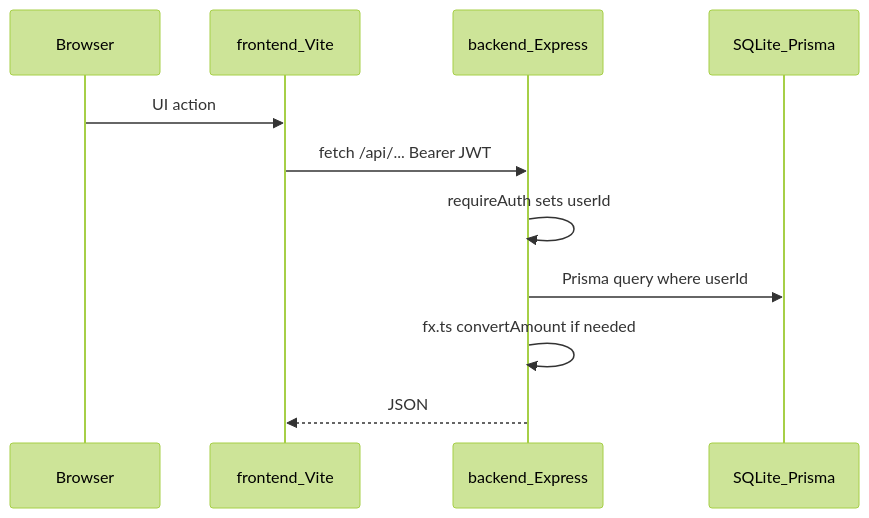
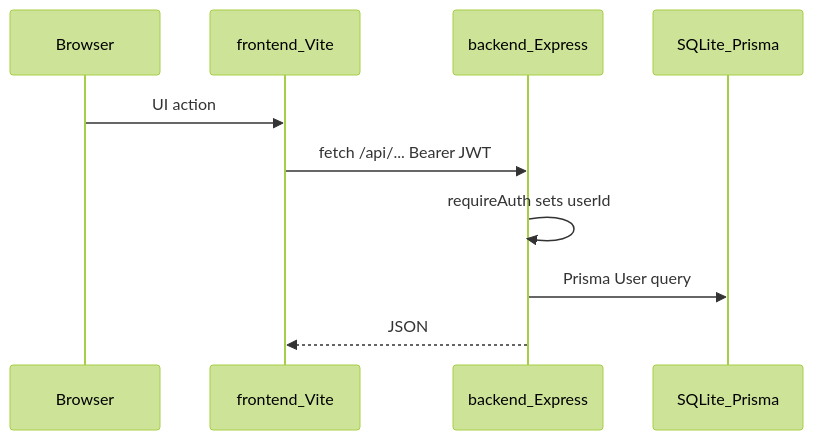
One commit to kblaszki/finance-dashboard changed the diagram in docs/explanation/architecture.md. Above: the diagram before and after it, drawn with Mermaid (forest theme). The commit also changed other lines of this file and 48 other files, not shown here.

````diff
--- a/docs/explanation/architecture.md
+++ b/docs/explanation/architecture.md
@@ -15,14 +22,13 @@
 ```mermaid
 sequenceDiagram
   participant Browser
   participant SPA as frontend_Vite
   participant API as backend_Express
   participant DB as SQLite_Prisma
 
   Browser->>SPA: UI action
   SPA->>API: fetch /api/... Bearer JWT
   API->>API: requireAuth sets userId
-  API->>DB: Prisma query where userId
-  API->>API: fx.ts convertAmount if needed
+  API->>DB: Prisma User query
   API-->>SPA: JSON
 ```
````
